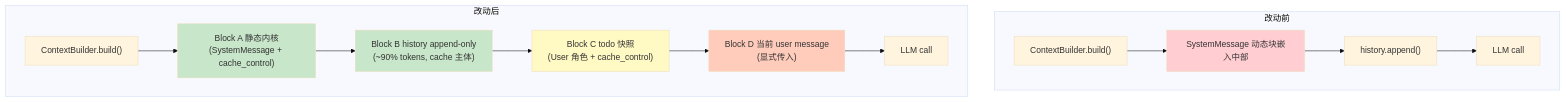
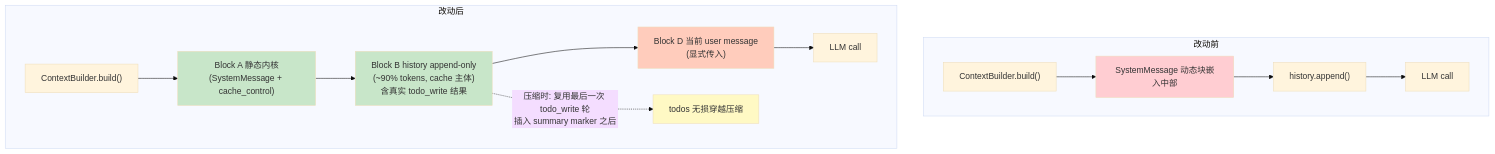
Before and after one commit to tranxon/ACowork: the second of 2 diagrams in docs/adr/zh/ADR-060-prompt-cache-friendly-context-block-reorg.md, drawn with Mermaid (base theme). The commit also changed other lines of this file and 12 other files, not shown here.

````diff
--- a/docs/adr/zh/ADR-060-prompt-cache-friendly-context-block-reorg.md
+++ b/docs/adr/zh/ADR-060-prompt-cache-friendly-context-block-reorg.md
@@ -584,22 +598,22 @@
 ```mermaid
 graph TD
     subgraph Before["改动前"]
         B1["ContextBuilder.build()"] --> B2["SystemMessage 动态块嵌入中部"]
         B2 --> B3["history.append()"]
         B3 --> B4["LLM call"]
     end
 
     subgraph After["改动后"]
         A1["ContextBuilder.build()"] --> A2["Block A 静态内核<br/>(SystemMessage + cache_control)"]
-        A2 --> A3["Block B history append-only<br/>(~90% tokens, cache 主体)"]
-        A3 --> A4["Block C todo 快照<br/>(User 角色 + cache_control)"]
-        A4 --> A5["Block D 当前 user message<br/>(显式传入)"]
+        A2 --> A3["Block B history append-only<br/>(~90% tokens, cache 主体)<br/>含真实 todo_write 结果"]
+        A3 --> A5["Block D 当前 user message<br/>(显式传入)"]
         A5 --> A6["LLM call"]
+        A3 -. "压缩时: 复用最后一次 todo_write 轮<br/>插入 summary marker 之后" .-> A7["todos 无损穿越压缩"]
     end
 
     style B2 fill:#ffcdd2
     style A2 fill:#c8e6c9
     style A3 fill:#c8e6c9
-    style A4 fill:#fff9c4
     style A5 fill:#ffccbc
+    style A7 fill:#fff9c4
 ```
````
